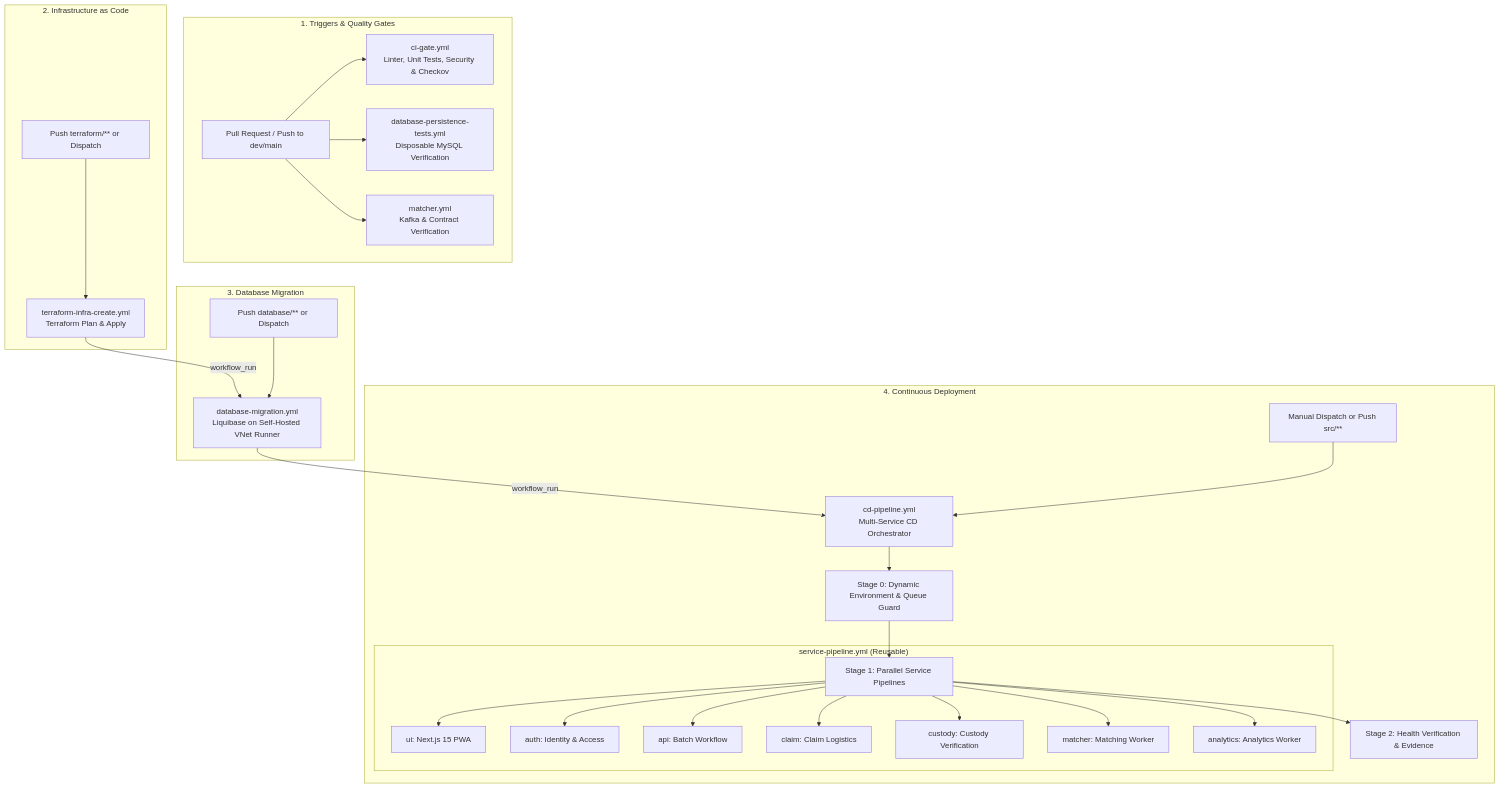
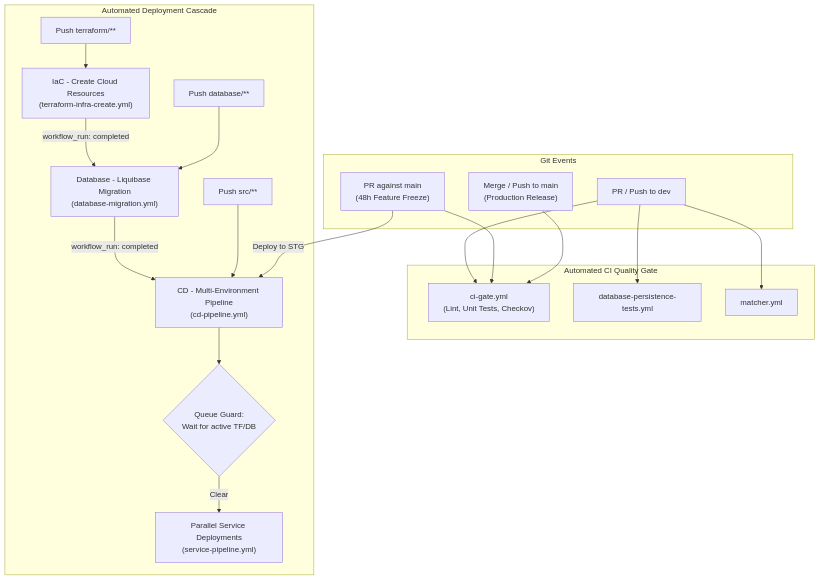
Before and after one commit to nus-iss-dmss-practice-module-team5/team5-ewaste-scalable-systems: the diagram in .github/workflows/README.md, drawn with Mermaid. The commit also changed other lines of this file and 1 other file, not shown here.

````diff
--- a/.github/workflows/README.md
+++ b/.github/workflows/README.md
@@ -15,37 +15,30 @@
 ```mermaid
 flowchart TD
-    subgraph Trigger["1. Triggers & Quality Gates"]
-        PR[Pull Request / Push to dev/main] --> CI[ci-gate.yml<br/>Linter, Unit Tests, Security & Checkov]
-        PR --> PERSIST[database-persistence-tests.yml<br/>Disposable MySQL Verification]
-        PR --> MATCH_TEST[matcher.yml<br/>Kafka & Contract Verification]
+    subgraph GitEvents["Git Events"]
+        PR_DEV["PR / Push to dev"]
+        PR_MAIN["PR against main<br/>(48h Feature Freeze)"]
+        PUSH_MAIN["Merge / Push to main<br/>(Production Release)"]
     end
 
-    subgraph IaC["2. Infrastructure as Code"]
-        IAC_TRIGGER[Push terraform/** or Dispatch] --> TF[terraform-infra-create.yml<br/>Terraform Plan & Apply]
+    subgraph CI["Automated CI Quality Gate"]
+        PR_DEV --> CI_GATE["ci-gate.yml<br/>(Lint, Unit Tests, Checkov)"]
+        PR_MAIN --> CI_GATE
+        PUSH_MAIN --> CI_GATE
+        PR_DEV --> PERSIST["database-persistence-tests.yml"]
+        PR_DEV --> MATCHER_TEST["matcher.yml"]
     end
 
-    subgraph DB["3. Database Migration"]
-        TF -->|workflow_run| DBMIG[database-migration.yml<br/>Liquibase on Self-Hosted VNet Runner]
-        DB_PUSH[Push database/** or Dispatch] --> DBMIG
-    end
+    subgraph Cascade["Automated Deployment Cascade"]
+        PUSH_TF["Push terraform/**"] --> TF_RUN["IaC - Create Cloud Resources<br/>(terraform-infra-create.yml)"]
 
-    subgraph CD["4. Continuous Deployment"]
-        DBMIG -->|workflow_run| CDPIPE[cd-pipeline.yml<br/>Multi-Service CD Orchestrator]
-        CD_DISPATCH[Manual Dispatch or Push src/**] --> CDPIPE
+        TF_RUN -->|workflow_run: completed| DB_RUN["Database - Liquibase Migration<br/>(database-migration.yml)"]
+        PUSH_DB["Push database/**"] --> DB_RUN
 
-        CDPIPE --> RESOLVE[Stage 0: Dynamic Environment & Queue Guard]
-        RESOLVE --> SHIP_PARALLEL[Stage 1: Parallel Service Pipelines]
+        DB_RUN -->|workflow_run: completed| CD_RUN["CD - Multi-Environment Pipeline<br/>(cd-pipeline.yml)"]
+        PUSH_SRC["Push src/**"] --> CD_RUN
+        PR_MAIN -->|Deploy to STG| CD_RUN
 
-        subgraph Services["service-pipeline.yml (Reusable)"]
-            SHIP_PARALLEL --> S_UI[ui: Next.js 15 PWA]
-            SHIP_PARALLEL --> S_AUTH[auth: Identity & Access]
-            SHIP_PARALLEL --> S_API[api: Batch Workflow]
-            SHIP_PARALLEL --> S_CLAIM[claim: Claim Logistics]
-            SHIP_PARALLEL --> S_CUSTODY[custody: Custody Verification]
-            SHIP_PARALLEL --> S_MATCHER[matcher: Matching Worker]
-            SHIP_PARALLEL --> S_ANALYTICS[analytics: Analytics Worker]
-        end
-
-        SHIP_PARALLEL --> VERIFY[Stage 2: Health Verification & Evidence]
+        CD_RUN --> CD_QUEUE{"Queue Guard:<br/>Wait for active TF/DB"}
+        CD_QUEUE -->|Clear| CD_PARALLEL["Parallel Service Deployments<br/>(service-pipeline.yml)"]
     end
 ```
````
